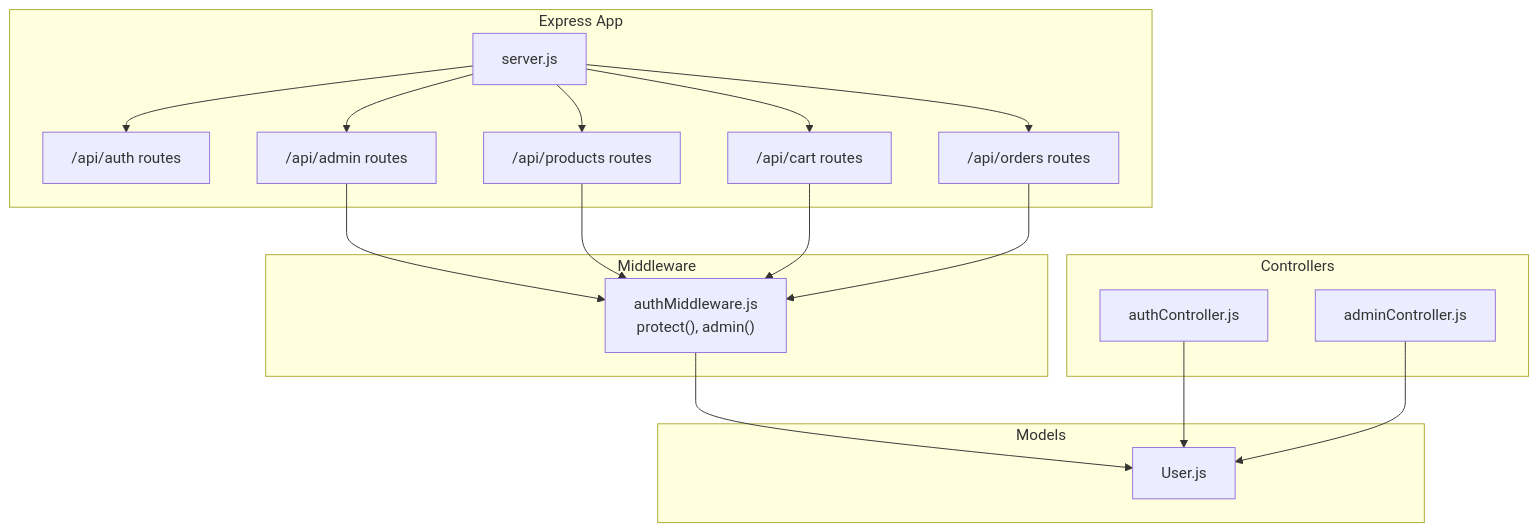
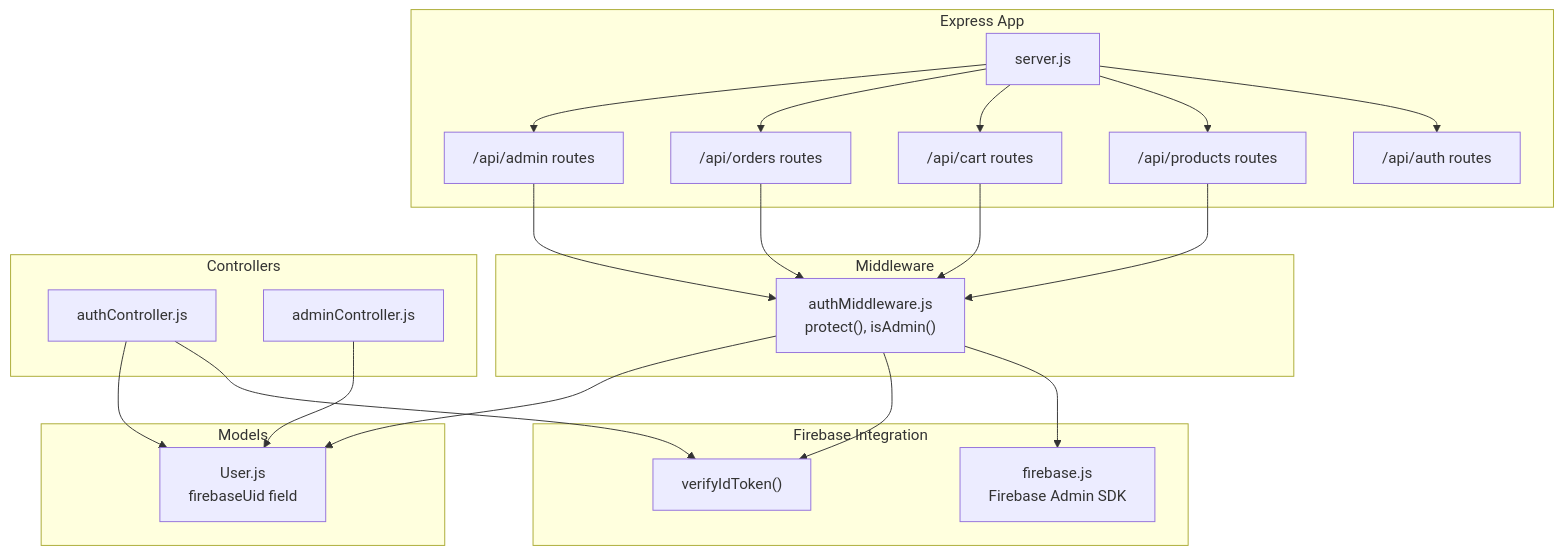
Before and after one commit to Pavan-PSPK9032/TrendsandToss: the first of 6 diagrams in .qoder/repowiki/en/content/Authentication & Authorization/Authentication Middleware.md, drawn with Mermaid. The commit also changed other lines of this file and 9 other files, not shown here.

````diff
--- a/.qoder/repowiki/en/content/Authentication & Authorization/Authentication Middleware.md
+++ b/.qoder/repowiki/en/content/Authentication & Authorization/Authentication Middleware.md
@@ -44,33 +53,40 @@
 ```mermaid
 graph TB
 subgraph "Express App"
 S["server.js"]
 R_AUTH["/api/auth routes"]
 R_PROD["/api/products routes"]
 R_CART["/api/cart routes"]
 R_ORDERS["/api/orders routes"]
 R_ADMIN["/api/admin routes"]
 end
+subgraph "Firebase Integration"
+F_CONFIG["firebase.js<br/>Firebase Admin SDK"]
+F_VERIFY["verifyIdToken()"]
+end
 subgraph "Middleware"
-M_AUTH["authMiddleware.js<br/>protect(), admin()"]
+M_AUTH["authMiddleware.js<br/>protect(), isAdmin()"]
 end
 subgraph "Controllers"
 C_AUTH["authController.js"]
 C_ADMIN["adminController.js"]
 end
 subgraph "Models"
-M_USER["User.js"]
+M_USER["User.js<br/>firebaseUid field"]
 end
 S --> R_AUTH
 S --> R_PROD
 S --> R_CART
 S --> R_ORDERS
 S --> R_ADMIN
 R_ADMIN --> M_AUTH
 R_PROD --> M_AUTH
 R_CART --> M_AUTH
 R_ORDERS --> M_AUTH
+M_AUTH --> F_CONFIG
+M_AUTH --> F_VERIFY
 M_AUTH --> M_USER
+C_AUTH --> F_VERIFY
 C_AUTH --> M_USER
 C_ADMIN --> M_USER
 ```
````
